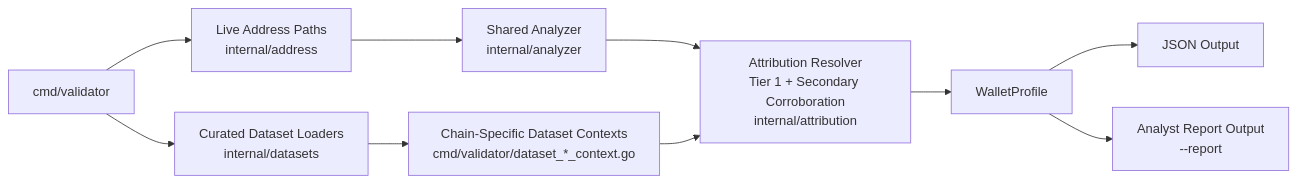
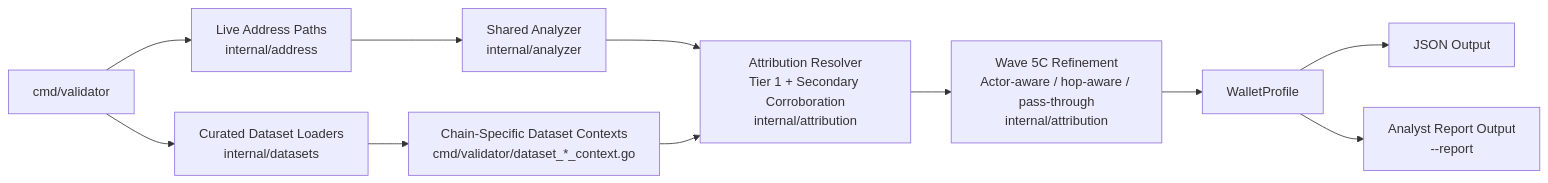
The first of 2 diagrams in ARCHITECTURE.md (piyushdaiya/crypto-profiler), drawn with Mermaid before and after one commit. The commit also changed other lines of this file and 21 other files, not shown here.

Commit message:
feat: add wave5c actor-aware exposure refinement and report insights

````diff
--- a/ARCHITECTURE.md
+++ b/ARCHITECTURE.md
@@ -127,12 +132,13 @@
 ```mermaid
 flowchart LR
     A["cmd/validator"] --> B["Live Address Paths<br/>internal/address"]
     A --> C["Curated Dataset Loaders<br/>internal/datasets"]
     B --> D["Shared Analyzer<br/>internal/analyzer"]
     C --> E["Chain-Specific Dataset Contexts<br/>cmd/validator/dataset_*_context.go"]
     D --> F["Attribution Resolver<br/>Tier 1 + Secondary Corroboration<br/>internal/attribution"]
     E --> F
-    F --> G["WalletProfile"]
-    G --> H["JSON Output"]
-    G --> I["Analyst Report Output<br/>--report"]
+    F --> G["Wave 5C Refinement<br/>Actor-aware / hop-aware / pass-through<br/>internal/attribution"]
+    G --> H["WalletProfile"]
+    H --> I["JSON Output"]
+    H --> J["Analyst Report Output<br/>--report"]
 ```
````
